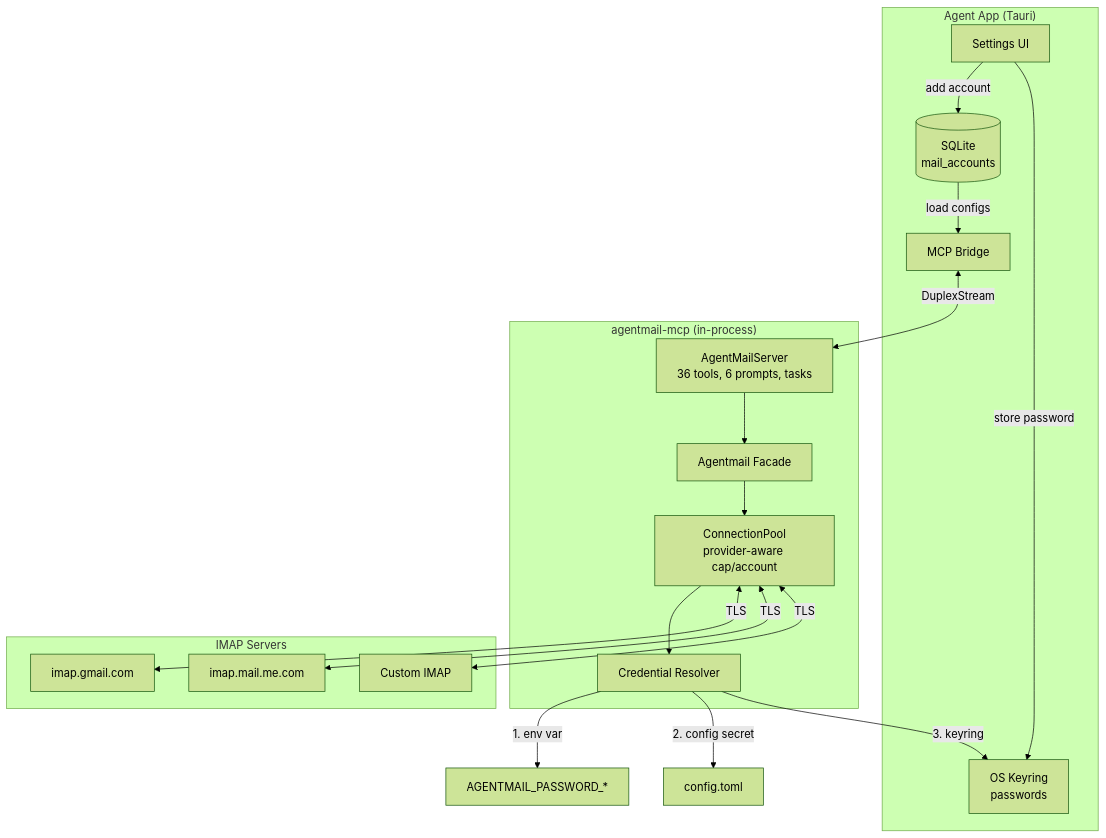
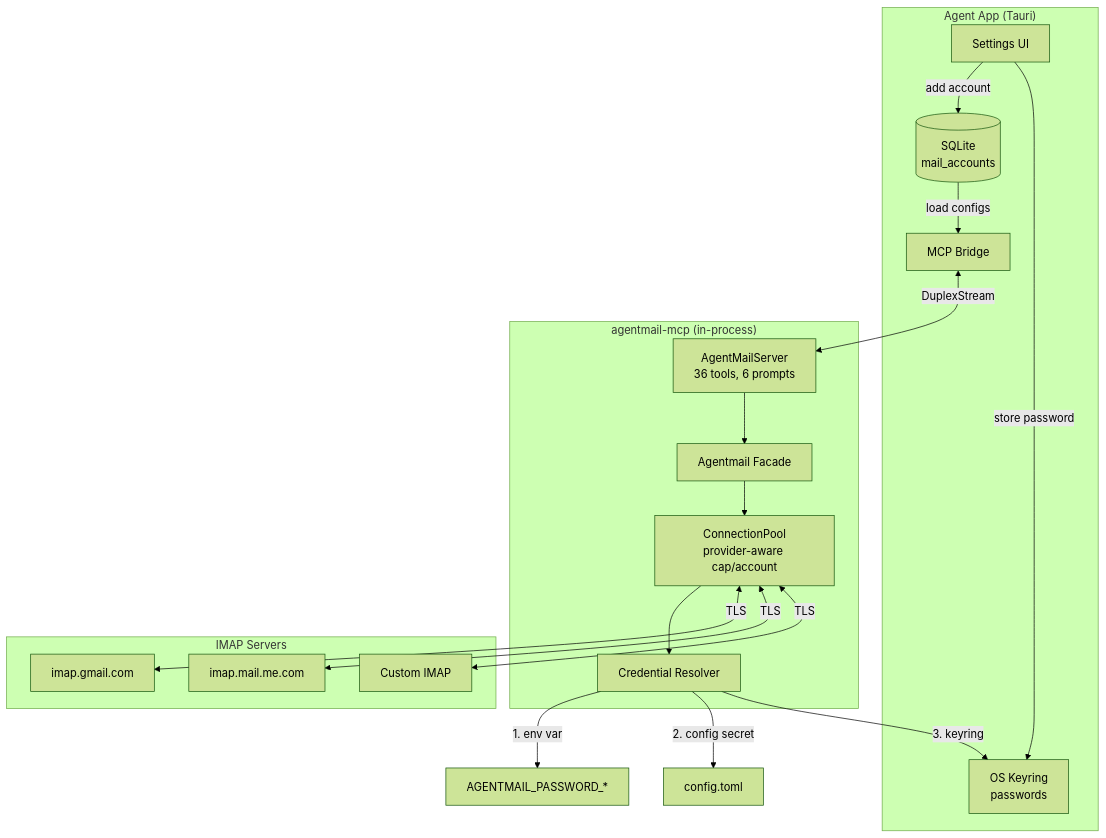
The first of 4 diagrams in DESIGN.md (Weekendsuperhero-io/agentmail), drawn with Mermaid (forest theme) before and after one commit. The commit also changed other lines of this file and 11 other files, not shown here.

First line of the commit message:
feat!: retire MCP tasks (SEP-1686); 0.8.0

````diff
--- a/DESIGN.md
+++ b/DESIGN.md
@@ -13,36 +13,36 @@
 ```mermaid
 graph TB
     subgraph "Agent App (Tauri)"
         UI[Settings UI]
         DB[(SQLite<br/>mail_accounts)]
         KR[OS Keyring<br/>passwords]
         GW[MCP Bridge]
     end
 
     subgraph "agentmail-mcp (in-process)"
-        MCP[AgentMailServer<br/>36 tools, 6 prompts, tasks]
+        MCP[AgentMailServer<br/>36 tools, 6 prompts]
         MK[Agentmail Facade]
         POOL[ConnectionPool<br/>provider-aware cap/account]
         CRED[Credential Resolver]
     end
 
     subgraph "IMAP Servers"
         GMAIL[imap.gmail.com]
         ICLOUD[imap.mail.me.com]
         CUSTOM[Custom IMAP]
     end
 
     UI -->|add account| DB
     UI -->|store password| KR
     DB -->|load configs| GW
     GW <-->|DuplexStream| MCP
     MCP --> MK
     MK --> POOL
     POOL --> CRED
     CRED -->|1. env var| ENV[AGENTMAIL_PASSWORD_*]
     CRED -->|2. config secret| CFG[config.toml]
     CRED -->|3. keyring| KR
     POOL <-->|TLS| GMAIL
     POOL <-->|TLS| ICLOUD
     POOL <-->|TLS| CUSTOM
 ```
````
